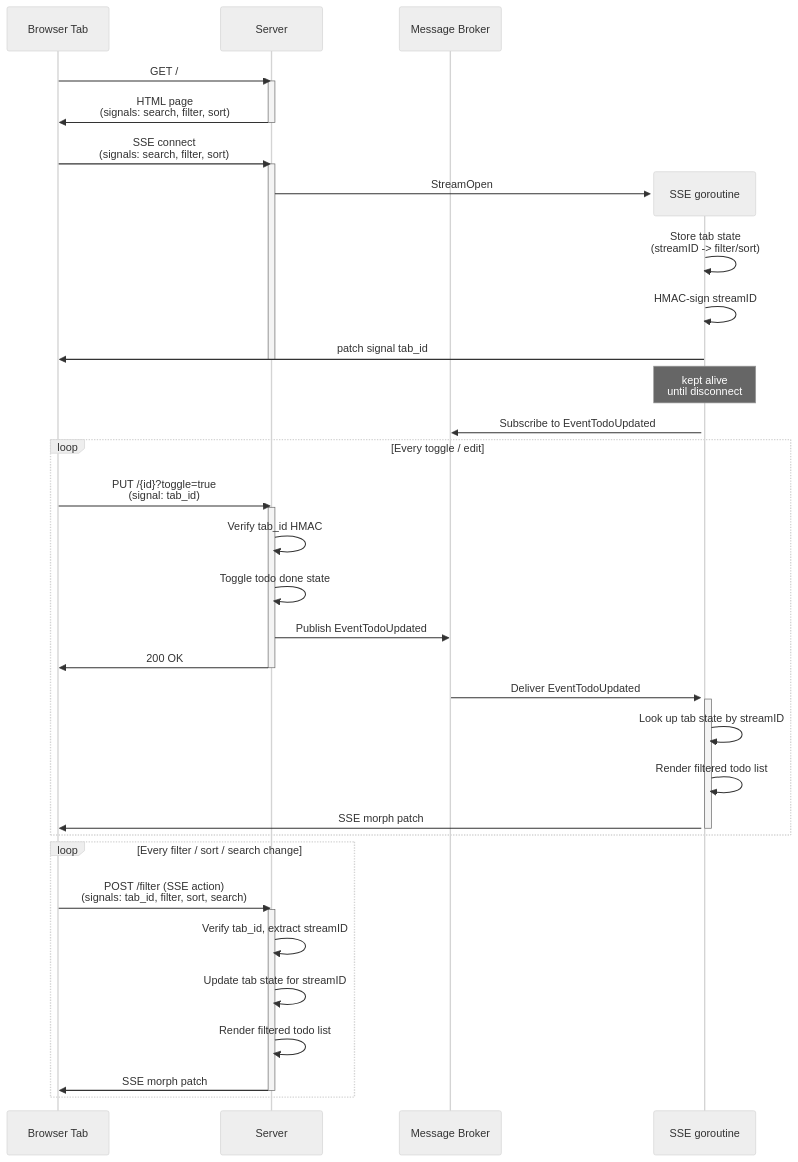
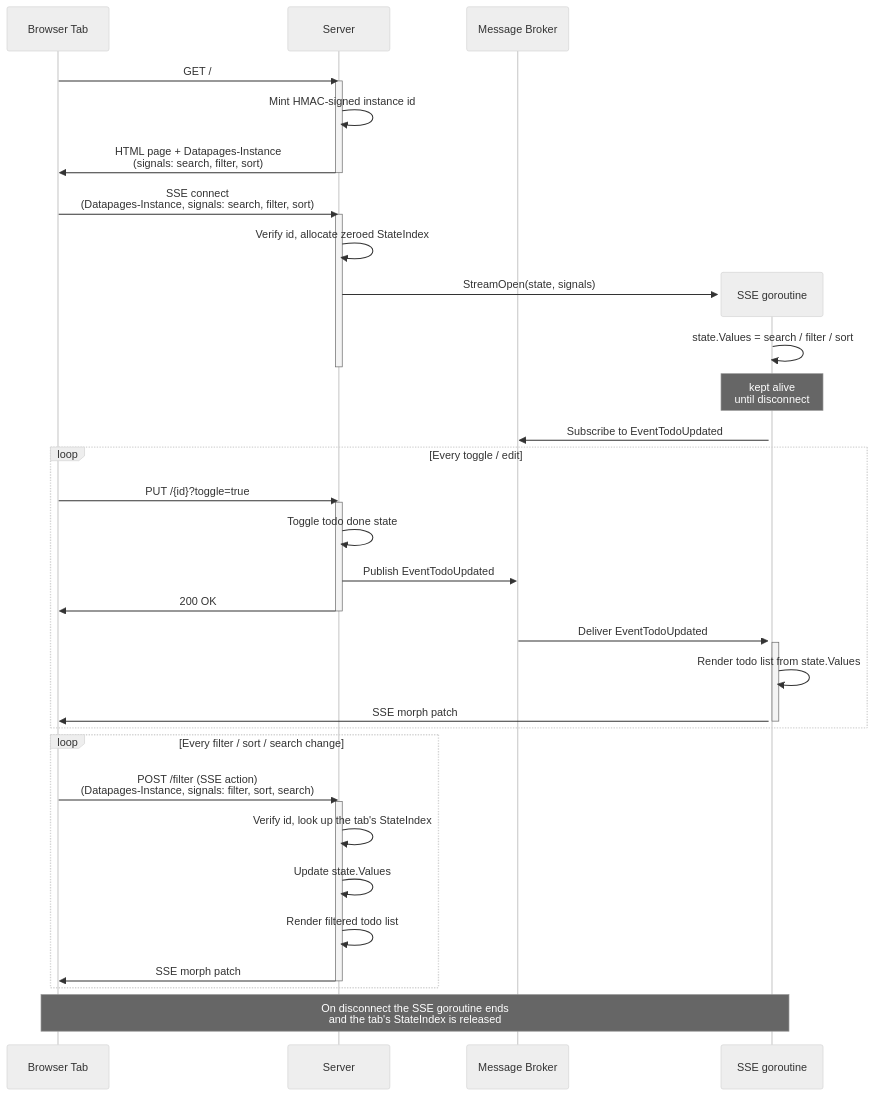
The diagram in example/todolist/README.md (romshark/datapages), drawn with Mermaid (neutral theme) before and after one commit. The commit also changed other lines of this file and 11 other files, not shown here.

````diff
--- a/example/todolist/README.md
+++ b/example/todolist/README.md
@@ -57,50 +61,50 @@
 ```mermaid
 sequenceDiagram
     participant B as Browser Tab
     participant S as Server
     participant N as Message Broker
 
     B->>S: GET /
     activate S
-    S->>B: HTML page<br/>(signals: search, filter, sort)
+    S->>S: Mint HMAC-signed instance id
+    S->>B: HTML page + Datapages-Instance<br/>(signals: search, filter, sort)
     deactivate S
 
-    B->>S: SSE connect<br/>(signals: search, filter, sort)
+    B->>S: SSE connect<br/>(Datapages-Instance, signals: search, filter, sort)
     activate S
+    S->>S: Verify id, allocate zeroed StateIndex
     create participant SS as SSE goroutine
-    S->>SS: StreamOpen
-    SS->>SS: Store tab state<br>(streamID -> filter/sort)
-    SS->>SS: HMAC-sign streamID
-    SS->>B: patch signal tab_id
+    S->>SS: StreamOpen(state, signals)
+    SS->>SS: state.Values = search / filter / sort
     deactivate S
     activate SS
     Note over SS: kept alive<br/>until disconnect
     SS->>N: Subscribe to EventTodoUpdated
 
     loop Every toggle / edit
-    B->>S: PUT /{id}?toggle=true<br/>(signal: tab_id)
+    B->>S: PUT /{id}?toggle=true
     activate S
-    S->>S: Verify tab_id HMAC
     S->>S: Toggle todo done state
     S->>N: Publish EventTodoUpdated
     S->>B: 200 OK
     deactivate S
 
     N->>SS: Deliver EventTodoUpdated
     activate SS
-    SS->>SS: Look up tab state by streamID
-    SS->>SS: Render filtered todo list
+    SS->>SS: Render todo list from state.Values
     SS->>B: SSE morph patch #todo-list
     deactivate SS
     end
 
     loop Every filter / sort / search change
-    B->>S: POST /filter (SSE action)<br/>(signals: tab_id, filter, sort, search)
+    B->>S: POST /filter (SSE action)<br/>(Datapages-Instance, signals: filter, sort, search)
     activate S
-    S->>S: Verify tab_id, extract streamID
-    S->>S: Update tab state for streamID
+    S->>S: Verify id, look up the tab's StateIndex
+    S->>S: Update state.Values
     S->>S: Render filtered todo list
     S->>B: SSE morph patch #todo-list
     deactivate S
     end
+
+    Note over B,SS: On disconnect the SSE goroutine ends<br/>and the tab's StateIndex is released
 ```
````
